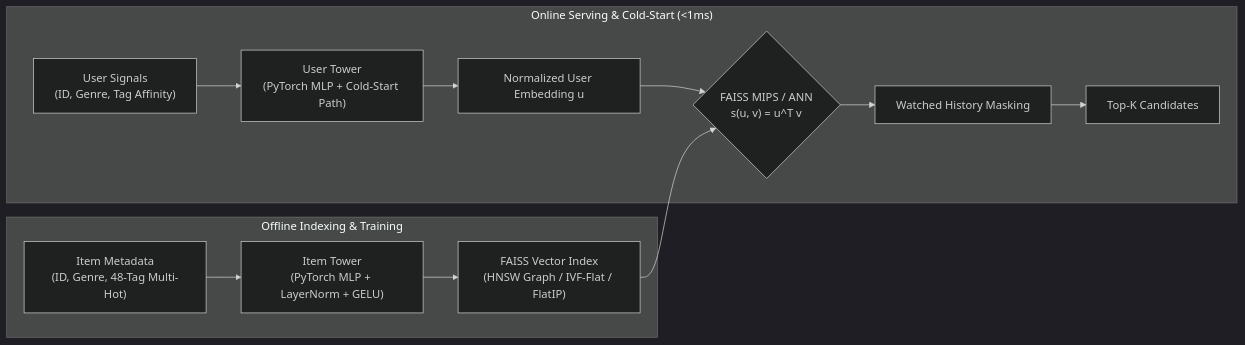
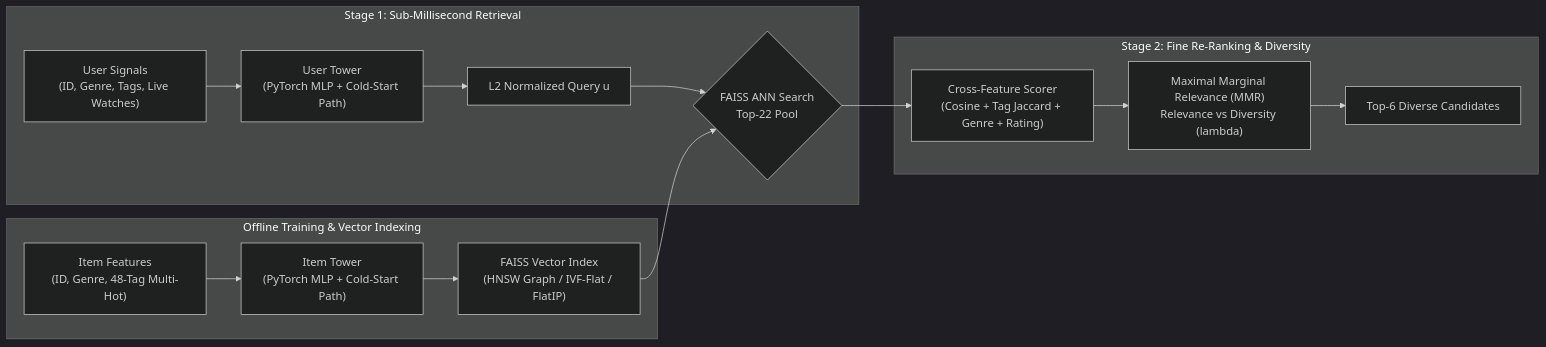
One commit to kartik-bhatt767/two-tower-neural-recsys changed the diagram in README.md. Above: the diagram before and after it, drawn with Mermaid (dark theme). The commit also changed other lines of this file and 19 other files, not shown here.

Commit message:
feat(stage2,ml100k,ui): add Stage-2 MMR reranker, LogQ InfoNCE, MovieLens-100K eval, and interactive Cinema UI

````diff
--- a/README.md
+++ b/README.md
@@ -29,15 +19,20 @@
 ```mermaid
 flowchart LR
-    subgraph Offline_Pipeline ["Offline Indexing & Training"]
-        ItemFeatures["Item Metadata<br>(ID, Genre, 48-Tag Multi-Hot)"] --> ItemTower["Item Tower<br>(PyTorch MLP + LayerNorm + GELU)"]
+    subgraph Offline_Indexing ["Offline Training & Vector Indexing"]
+        Catalog["Item Features<br>(ID, Genre, 48-Tag Multi-Hot)"] --> ItemTower["Item Tower<br>(PyTorch MLP + Cold-Start Path)"]
         ItemTower --> VecIndex["FAISS Vector Index<br>(HNSW Graph / IVF-Flat / FlatIP)"]
     end
 
-    subgraph Online_Serving ["Online Serving & Cold-Start (<1ms)"]
-        UserSignals["User Signals<br>(ID, Genre, Tag Affinity)"] --> UserTower["User Tower<br>(PyTorch MLP + Cold-Start Path)"]
-        UserTower --> UserVec["Normalized User Embedding u"]
-        UserVec --> ANN{"FAISS MIPS / ANN<br>s(u, v) = u^T v"}
-        VecIndex --> ANN
-        ANN --> Filter["Watched History Masking"] --> TopK["Top-K Candidates"]
+    subgraph Stage1 ["Stage 1: Sub-Millisecond Retrieval"]
+        UserSignals["User Signals<br>(ID, Genre, Tags, Live Watches)"] --> UserTower["User Tower<br>(PyTorch MLP + Cold-Start Path)"]
+        UserTower --> QueryVec["L2 Normalized Query u"]
+        QueryVec --> FAISS{"FAISS ANN Search<br>Top-22 Pool"}
+        VecIndex --> FAISS
+    end
+
+    subgraph Stage2 ["Stage 2: Fine Re-Ranking & Diversity"]
+        FAISS --> CrossFeatures["Cross-Feature Scorer<br>(Cosine + Tag Jaccard + Genre + Rating)"]
+        CrossFeatures --> MMR["Maximal Marginal Relevance (MMR)<br>Relevance vs Diversity (lambda)"]
+        MMR --> TopK["Top-6 Diverse Candidates"]
     end
 ```
````
